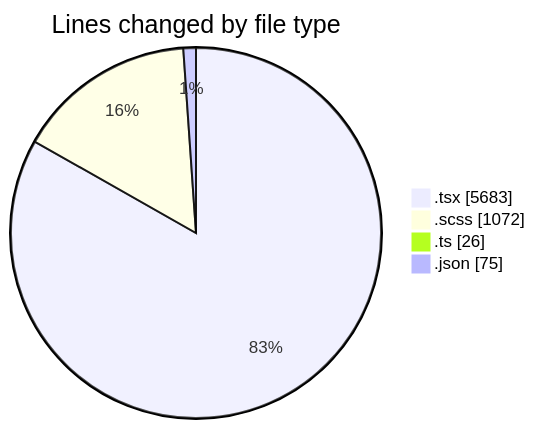
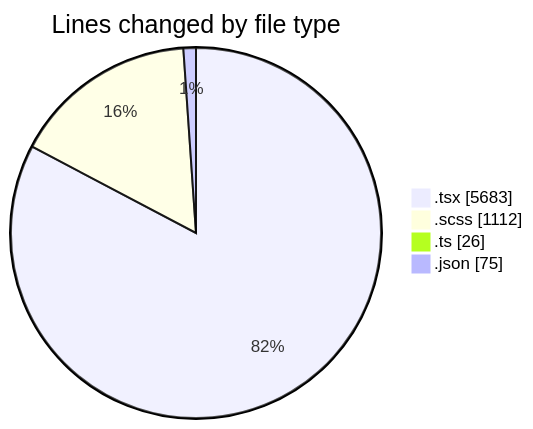
The first of 2 diagrams in 2025-04-09/cda/README.md (momahboobian/code-tracking), drawn with Mermaid before and after one commit. The commit also changed other lines of this file and 1 other file, not shown here.

````diff
--- a/2025-04-09/cda/README.md
+++ b/2025-04-09/cda/README.md
@@ -43,8 +43,8 @@
 ```mermaid
 pie showData
 title Lines changed by file type
 ".tsx" : 5683
-".scss" : 1072
+".scss" : 1112
 ".ts" : 26
 ".json" : 75
 ```
````
